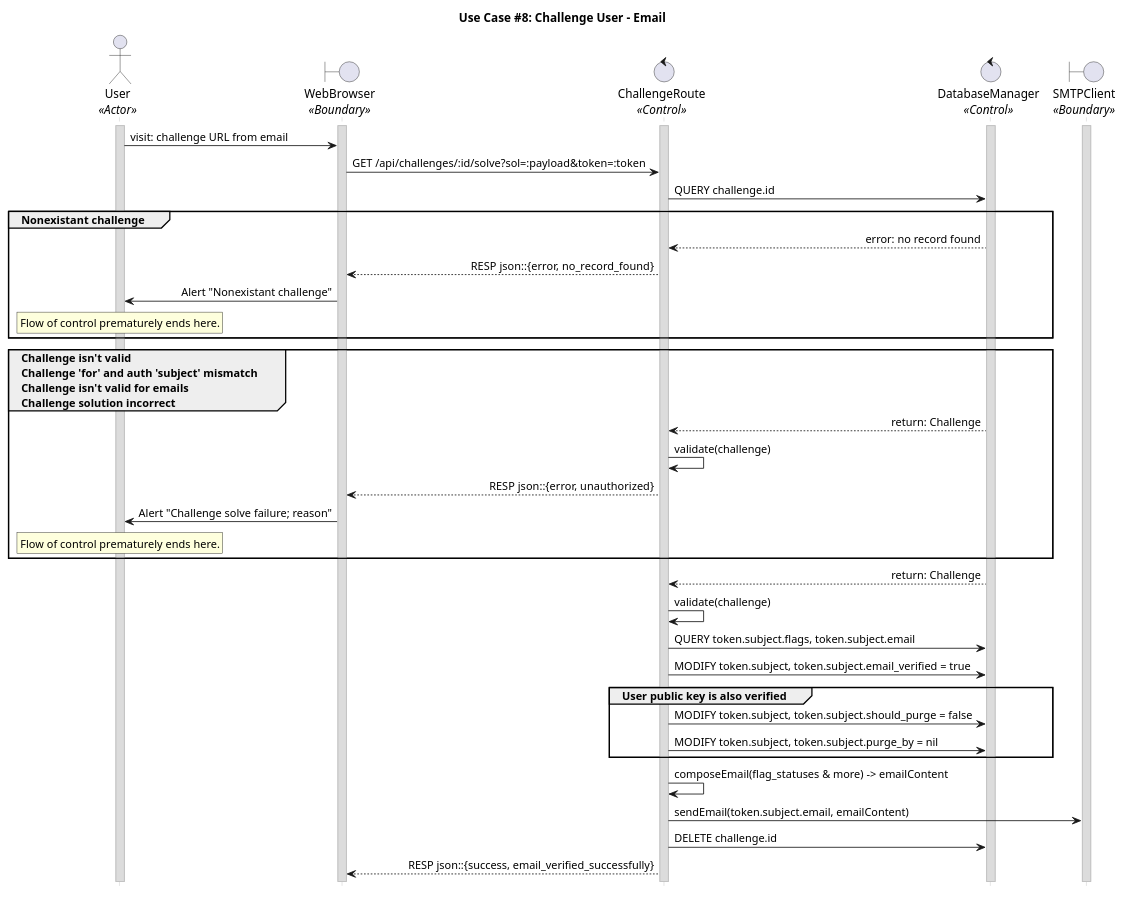
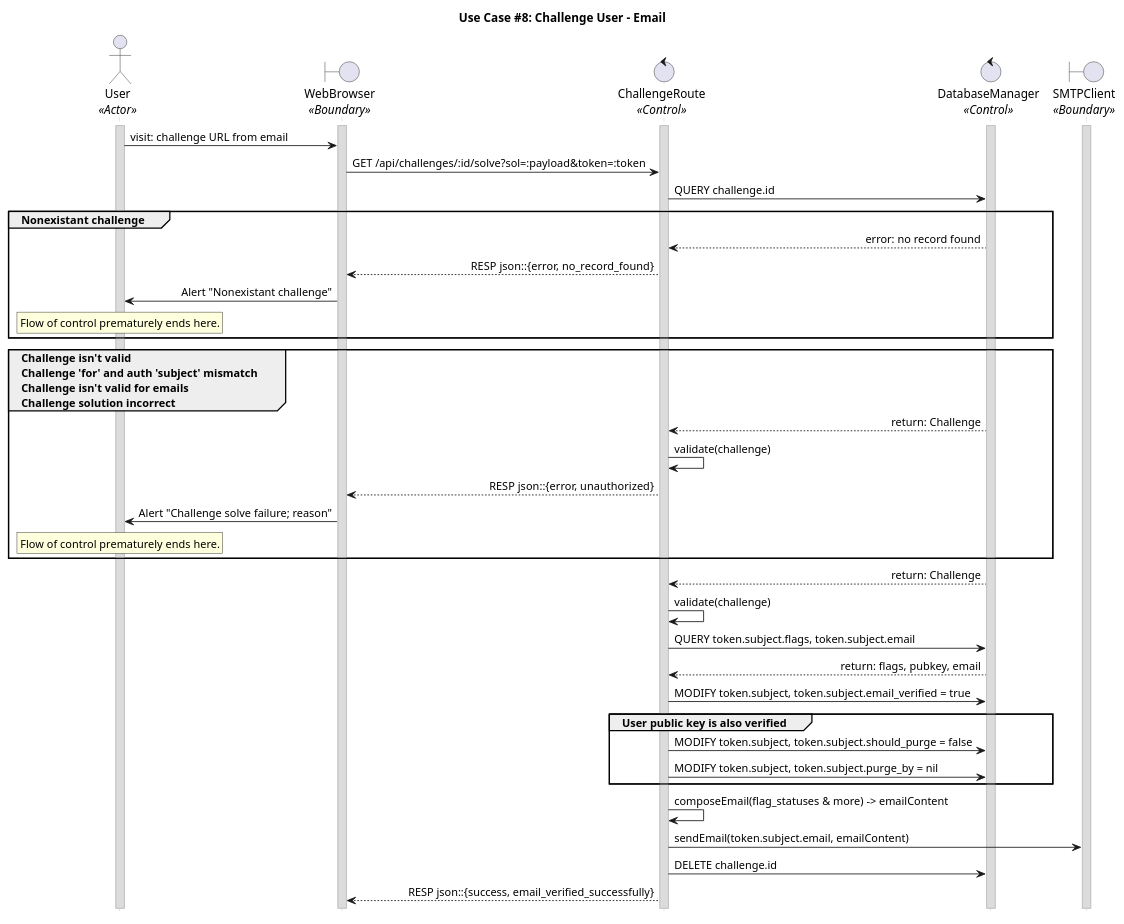
Before and after one commit to CECS-491-SP24-Group-1/seq-diagrams: the diagram in uc_08_email.puml, drawn with PlantUML. The commit also changed 2 other files, not shown here.

Commit message:
Add pubkey foc

```diff
--- a/uc_08_email.puml
+++ b/uc_08_email.puml
@@ -1,81 +1,82 @@
 @startuml uc08_email
 title "Use Case #8: Challenge User - Email"
 
 'Styling goes here
 hide footbox
 skinparam stereotypePosition bottom
 skinparam sequenceMessageAlign direction
 skinparam sequence {
 	LifeLineBorderColor #Silver
 	LifeLineBackgroundColor #Gainsboro
 }
 
 'Setup the objects involved here
 actor User as u <<Actor>>
 boundary WebBrowser as wb <<Boundary>>
 control ChallengeRoute as cr <<Control>>
 control DatabaseManager as db <<Control>>
 boundary SMTPClient as sc <<Boundary>>
 
 'Setup persistent objects here
 activate u
 activate wb
 activate cr
 activate db
 activate sc
 
 '--- FLOW OF CONTROL STARTS HERE ---
 'User gets an email with their challenge code and visits the link in their browser.
 u -> wb: visit: challenge URL from email
 wb -> cr: GET /api/challenges/:id/solve?sol=:payload&token=:token
 
 'Server checks if the challenge is valid
 cr -> db: QUERY challenge.id
 
 'Case 1: The challenge doesn't exist
 group Nonexistant challenge
 	db --> cr: error: no record found
 	cr --> wb: RESP json::{error, no_record_found}
 	wb -> u: Alert "Nonexistant challenge"
 	rnote over u
 	Flow of control prematurely ends here.
 	endrnote
 end
 
 'Case 2: The challenge is invalid, not for this user, not email challenge, or the solution is incorrect.
 group Challenge isn't valid \nChallenge 'for' and auth 'subject' mismatch \nChallenge isn't valid for emails \nChallenge solution incorrect
 	db --> cr: return: Challenge
 	cr -> cr: validate(challenge)
 	cr --> wb: RESP json::{error, unauthorized}
 	wb -> u: Alert "Challenge solve failure; reason"
 	rnote over u
 	Flow of control prematurely ends here.
 	endrnote
 end
 
 'Default case: challenge exists and is valid
 db --> cr: return: Challenge
 cr -> cr: validate(challenge)
 
 'Query the database for the user flags.
 cr -> db: QUERY token.subject.flags, token.subject.email
+db --> cr: return: flags, pubkey, email
 
 'Mark the user's email as verified
 cr -> db: MODIFY token.subject, token.subject.email_verified = true
 
 'Also unmark the user's account for deletion if the public key is verified.
 group User public key is also verified
 	cr -> db: MODIFY token.subject, token.subject.should_purge = false
 	cr -> db: MODIFY token.subject, token.subject.purge_by = nil
 end
 
 'Email the user to inform of successful challenge completion and next steps.
 cr -> cr: composeEmail(flag_statuses & more) -> emailContent
 cr -> sc: sendEmail(token.subject.email, emailContent)
 
 'Cleanup and return the feedback to the user
 cr -> db: DELETE challenge.id
 cr --> wb: RESP json::{success, email_verified_successfully}
 '--- FLOW OF CONTROL ENDS HERE   ---
 
 @enduml
```
